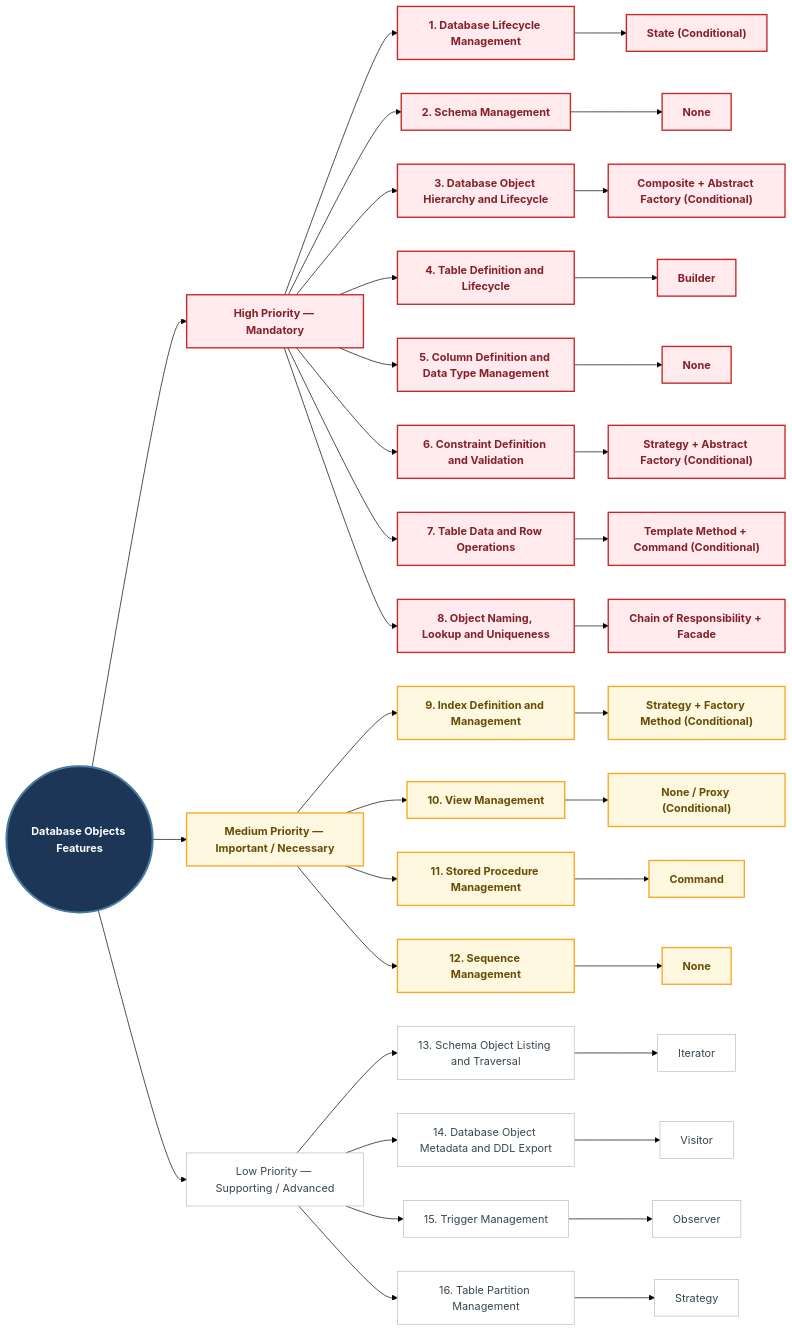
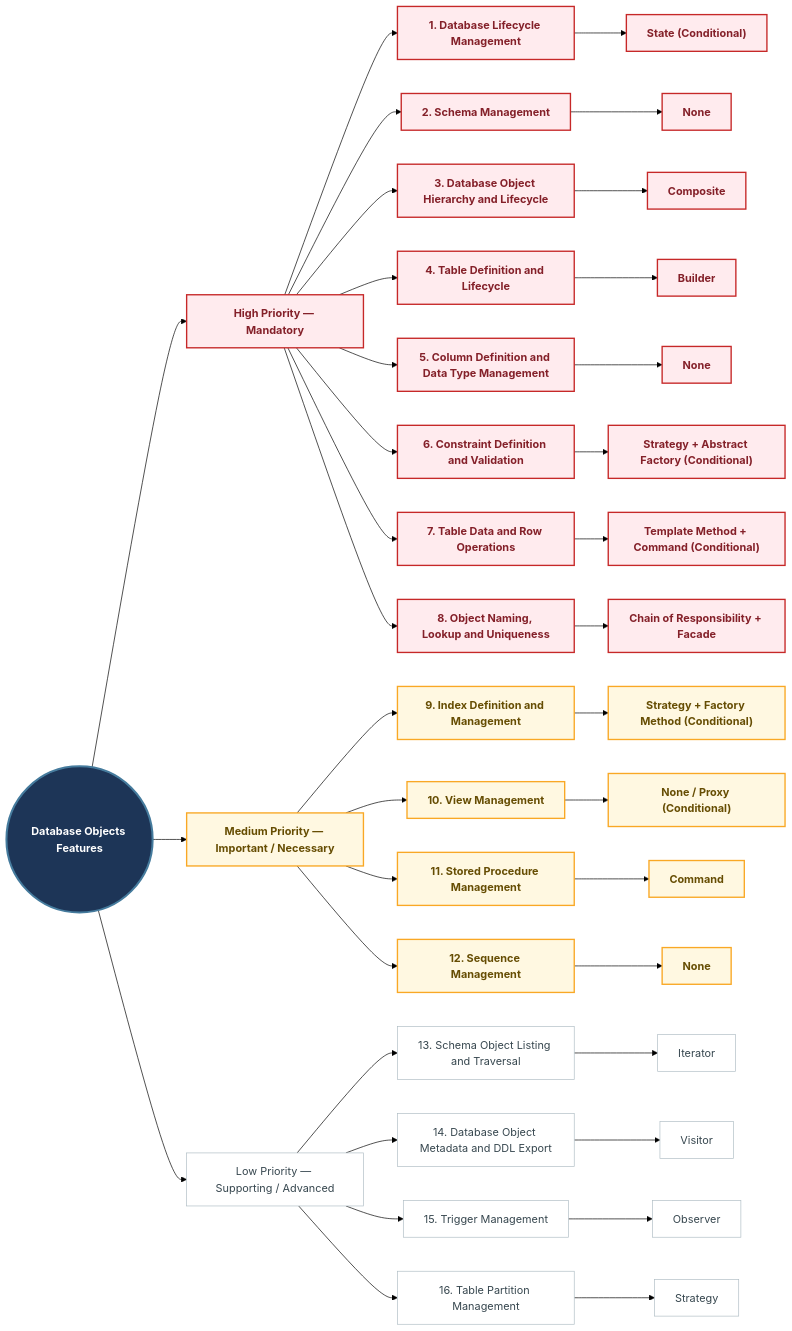
The first of 14 diagrams in docs/pattern/README.md (Huy1801214/dbms-architecture), drawn with Mermaid (forest theme) before and after one commit. The commit also changed other lines of this file, not shown here.

Commit message:
add mermaid mindmap and design pattern documentation for database objects

```diff
--- a/docs/pattern/README.md
+++ b/docs/pattern/README.md
@@ -24,7 +24,7 @@
     H2P["None"]
 
     H3["3. Database Object Hierarchy and Lifecycle"]
-    H3P["Composite + Abstract Factory (Conditional)"]
+    H3P["Composite"]
 
     H4["4. Table Definition and Lifecycle"]
     H4P["Builder"]
```
